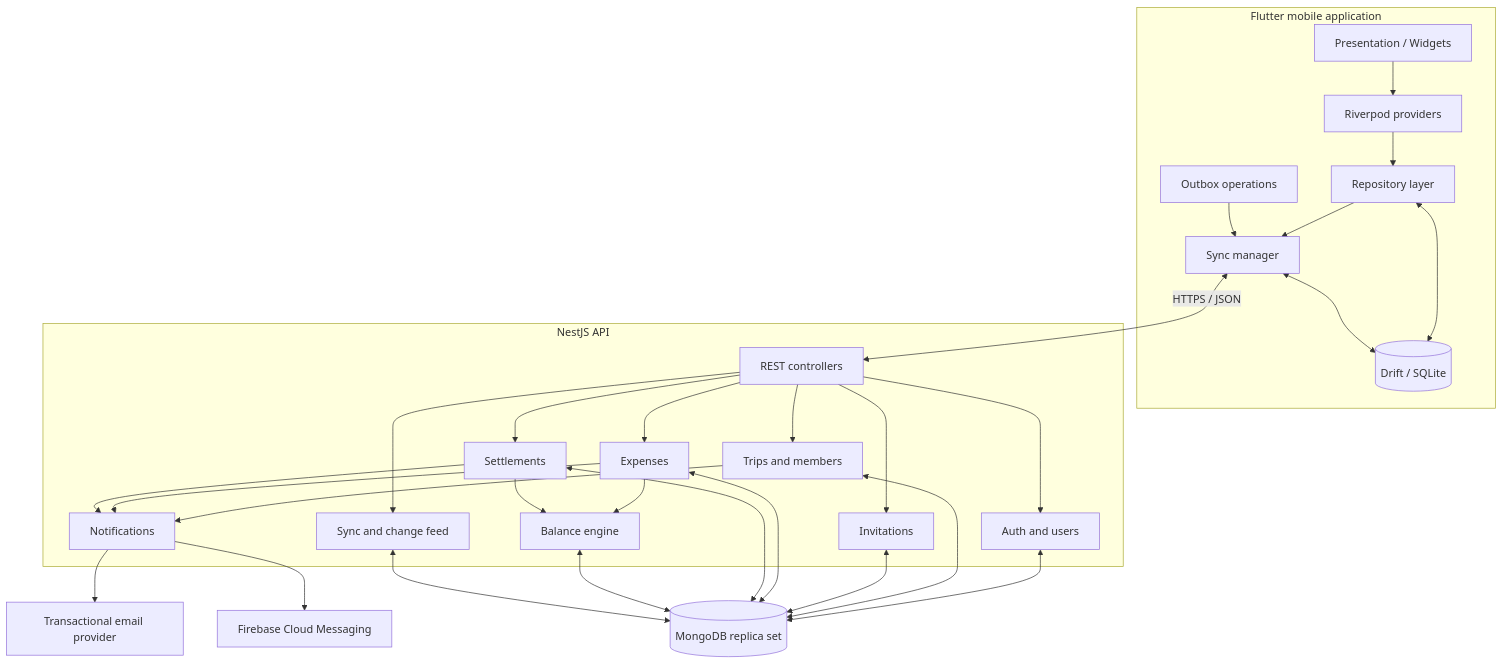
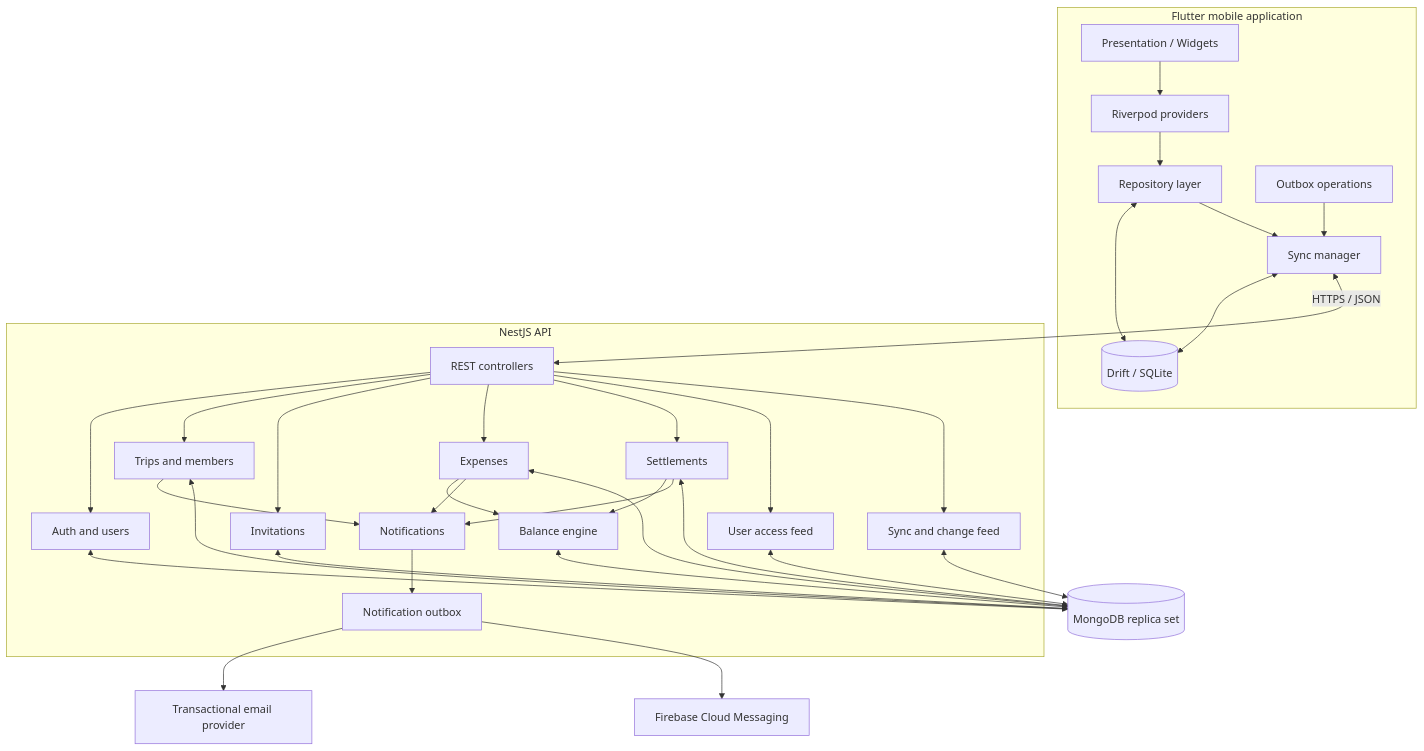
Before and after one commit to Deepmj13/TripMeter: the first of 2 diagrams in implementation.md, drawn with Mermaid. The commit also changed other lines of this file and 231 other files, not shown here.

````diff
--- a/implementation.md
+++ b/implementation.md
@@ -128,53 +172,58 @@
 ```mermaid
 flowchart TB
   subgraph APP[Flutter mobile application]
     UI[Presentation / Widgets]
     STATE[Riverpod providers]
     REPO[Repository layer]
     LOCAL[(Drift / SQLite)]
     OUTBOX[Outbox operations]
     SYNC[Sync manager]
     UI --> STATE --> REPO
     REPO <--> LOCAL
     REPO --> SYNC
     OUTBOX --> SYNC
     SYNC <--> LOCAL
   end
 
   subgraph SERVER[NestJS API]
     API[REST controllers]
     AUTH[Auth and users]
     TRIPS[Trips and members]
     INV[Invitations]
     EXP[Expenses]
     BAL[Balance engine]
     SET[Settlements]
     CHANGE[Sync and change feed]
+    USERSYNC[User access feed]
     NOTIFY[Notifications]
+    NOTIFY_OUTBOX[Notification outbox]
     API --> AUTH
     API --> TRIPS
     API --> INV
     API --> EXP
     API --> SET
+    API --> USERSYNC
     EXP --> BAL
     SET --> BAL
     API --> CHANGE
     TRIPS --> NOTIFY
     EXP --> NOTIFY
     SET --> NOTIFY
+    NOTIFY --> NOTIFY_OUTBOX
   end
 
   DB[(MongoDB replica set)]
   EMAIL[Transactional email provider]
   FCM[Firebase Cloud Messaging]
   SYNC <-->|HTTPS / JSON| API
   AUTH <--> DB
   TRIPS <--> DB
   INV <--> DB
   EXP <--> DB
   SET <--> DB
   BAL <--> DB
   CHANGE <--> DB
-  NOTIFY --> EMAIL
-  NOTIFY --> FCM
+  USERSYNC <--> DB
+  NOTIFY_OUTBOX --> EMAIL
+  NOTIFY_OUTBOX --> FCM
 ```
````
